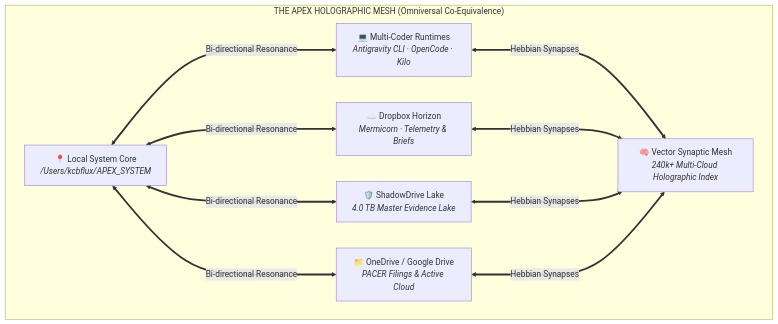
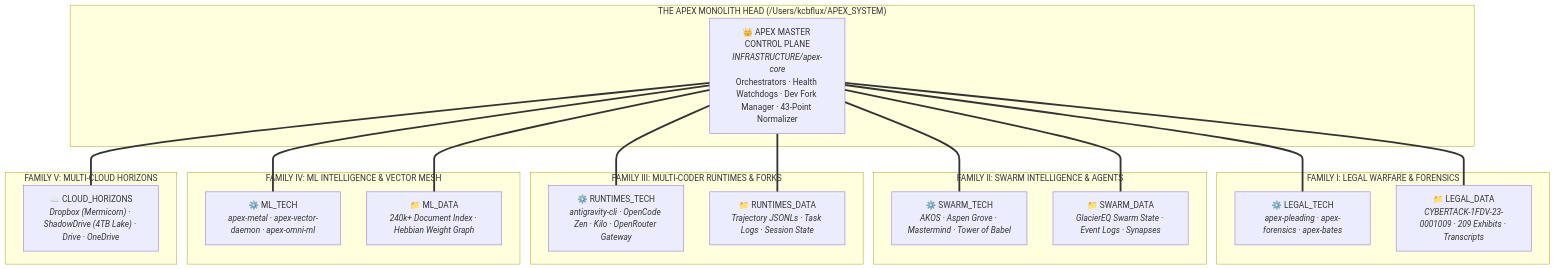
Before and after one commit to GlacierEQ/antigravity-cli: the second of 3 diagrams in AGENTS.md, drawn with Mermaid. The commit also changed other lines of this file, not shown here.

Commit message:
feat(taxonomy): sync repository mesh map and updated codices

````diff
--- a/AGENTS.md
+++ b/AGENTS.md
@@ -79,20 +86,40 @@
 ```mermaid
 graph TD
-    subgraph "THE APEX HOLOGRAPHIC MESH (Omniversal Co-Equivalence)"
-        N_LOC["📍 Local System Core<br/><i>/Users/kcbflux/APEX_SYSTEM</i>"]
-        N_RUN["💻 Multi-Coder Runtimes<br/><i>Antigravity CLI · OpenCode · Kilo</i>"]
-        N_DBX["☁️ Dropbox Horizon<br/><i>Mermicorn · Telemetry & Briefs</i>"]
-        N_SHD["🛡️ ShadowDrive Lake<br/><i>4.0 TB Master Evidence Lake</i>"]
-        N_ONE["📁 OneDrive / Google Drive<br/><i>PACER Filings & Active Cloud</i>"]
-        N_VEC["🧠 Vector Synaptic Mesh<br/><i>240k+ Multi-Cloud Holographic Index</i>"]
+    subgraph "THE APEX MONOLITH HEAD (/Users/kcbflux/APEX_SYSTEM)"
+        HEAD["👑 APEX MASTER CONTROL PLANE<br/><i>INFRASTRUCTURE/apex-core</i><br/>Orchestrators · Health Watchdogs · Dev Fork Manager · 43-Point Normalizer"]
     end
 
-    N_LOC <===>|Bi-directional Resonance| N_RUN
-    N_LOC <===>|Bi-directional Resonance| N_DBX
-    N_LOC <===>|Bi-directional Resonance| N_SHD
-    N_LOC <===>|Bi-directional Resonance| N_ONE
-    N_RUN <===>|Hebbian Synapses| N_VEC
-    N_DBX <===>|Hebbian Synapses| N_VEC
-    N_SHD <===>|Hebbian Synapses| N_VEC
-    N_ONE <===>|Hebbian Synapses| N_VEC
+    subgraph "FAMILY I: LEGAL WARFARE & FORENSICS"
+        LT["⚙️ LEGAL_TECH<br/><i>apex-pleading · apex-forensics · apex-bates</i>"]
+        LD["📁 LEGAL_DATA<br/><i>CYBERTACK-1FDV-23-0001009 · 209 Exhibits · Transcripts</i>"]
+    end
+
+    subgraph "FAMILY II: SWARM INTELLIGENCE & AGENTS"
+        ST["⚙️ SWARM_TECH<br/><i>AKOS · Aspen Grove · Mastermind · Tower of Babel</i>"]
+        SD["📁 SWARM_DATA<br/><i>GlacierEQ Swarm State · Event Logs · Synapses</i>"]
+    end
+
+    subgraph "FAMILY III: MULTI-CODER RUNTIMES & FORKS"
+        RT["⚙️ RUNTIMES_TECH<br/><i>antigravity-cli · OpenCode Zen · Kilo · OpenRouter Gateway</i>"]
+        RD["📁 RUNTIMES_DATA<br/><i>Trajectory JSONLs · Task Logs · Session State</i>"]
+    end
+
+    subgraph "FAMILY IV: ML INTELLIGENCE & VECTOR MESH"
+        MT["⚙️ ML_TECH<br/><i>apex-metal · apex-vector-daemon · apex-omni-ml</i>"]
+        MD["📁 ML_DATA<br/><i>240k+ Document Index · Hebbian Weight Graph</i>"]
+    end
+
+    subgraph "FAMILY V: MULTI-CLOUD HORIZONS"
+        CH["☁️ CLOUD_HORIZONS<br/><i>Dropbox (Mermicorn) · ShadowDrive (4TB Lake) · Drive · OneDrive</i>"]
+    end
+
+    HEAD === LT
+    HEAD === LD
+    HEAD === ST
+    HEAD === SD
+    HEAD === RT
+    HEAD === RD
+    HEAD === MT
+    HEAD === MD
+    HEAD === CH
 ```
````
